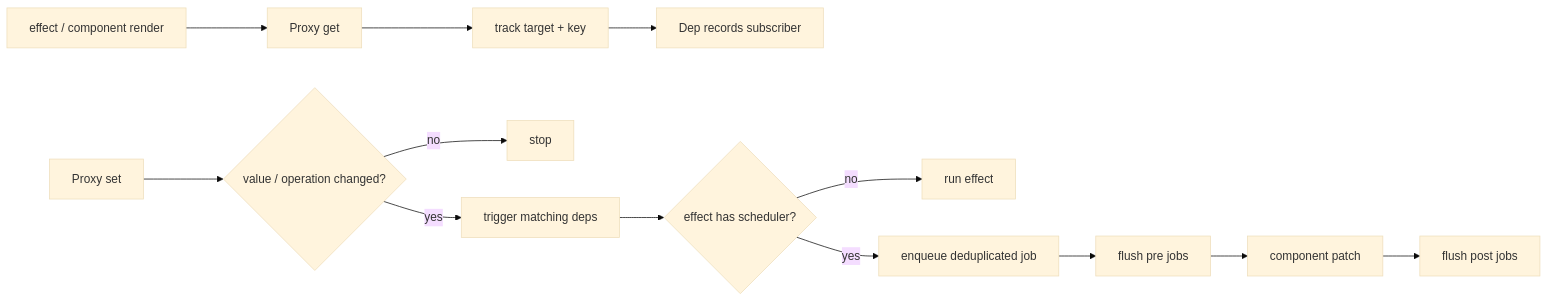
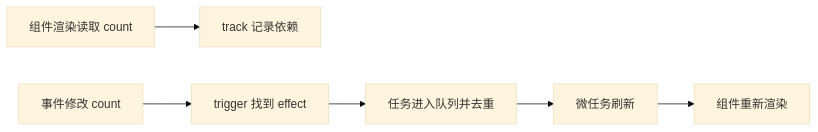
The diagram in docs/frontend/vue-reactivity-scheduler.md (upJiang/jiang-blog-vitepress), drawn with Mermaid (base theme) before and after one commit. The commit also changed other lines of this file and 164 other files, not shown here.

````diff
--- a/docs/frontend/vue-reactivity-scheduler.md
+++ b/docs/frontend/vue-reactivity-scheduler.md
@@ -19,15 +20,8 @@
 ```mermaid
 flowchart LR
-  R[effect / component render] --> G[Proxy get]
-  G --> T[track target + key]
-  T --> D[Dep records subscriber]
-  W[Proxy set] --> C{value / operation changed?}
-  C -->|no| X[stop]
-  C -->|yes| TR[trigger matching deps]
-  TR --> S{effect has scheduler?}
-  S -->|no| E[run effect]
-  S -->|yes| Q[enqueue deduplicated job]
-  Q --> F[flush pre jobs]
-  F --> P[component patch]
-  P --> O[flush post jobs]
+  R[组件渲染读取 count] --> T[track 记录依赖]
+  M[事件修改 count] --> G[trigger 找到 effect]
+  G --> Q[任务进入队列并去重]
+  Q --> F[微任务刷新]
+  F --> V[组件重新渲染]
 ```
````
